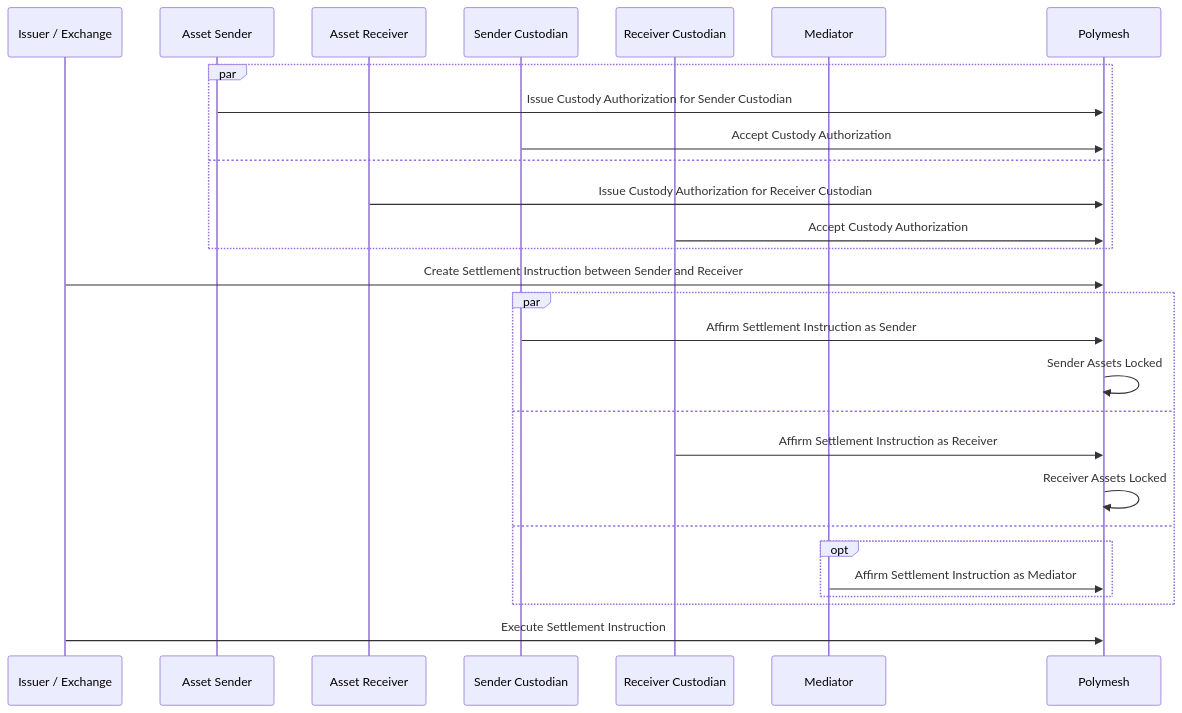
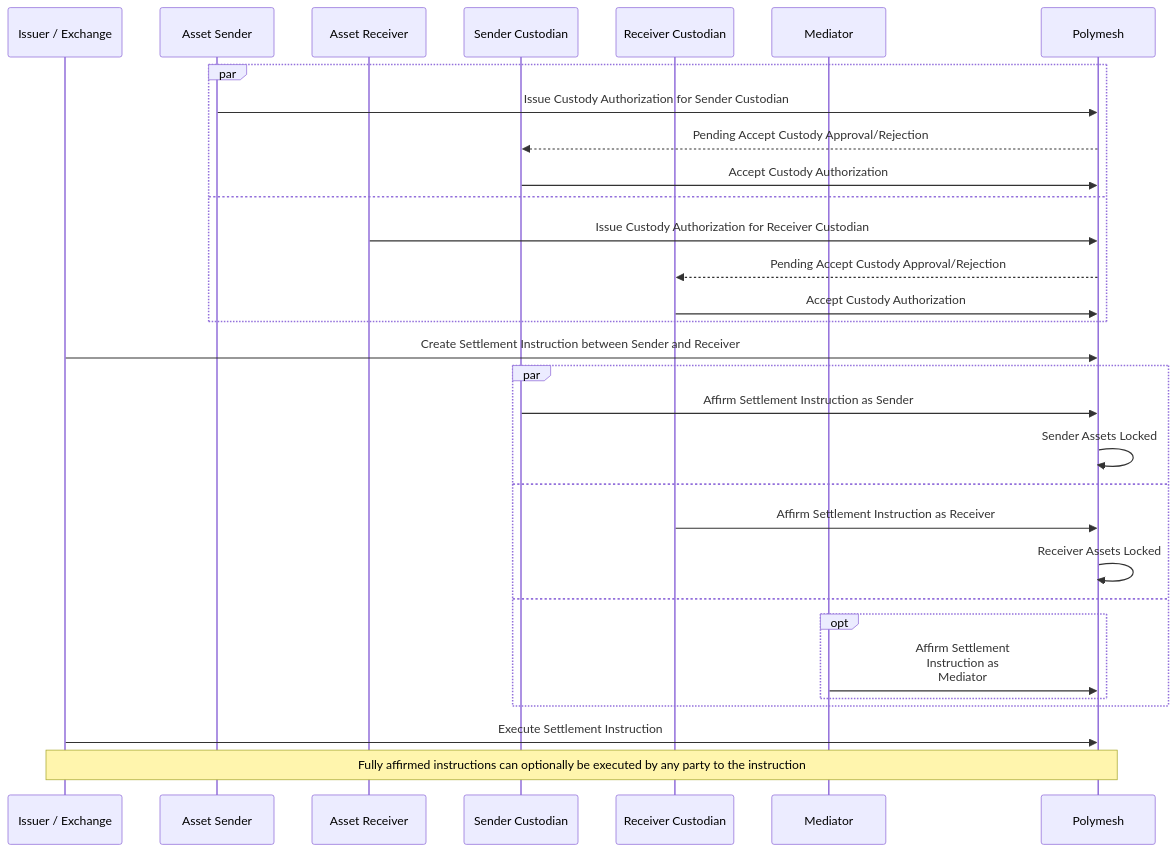
Before and after one commit to PolymeshAssociation/polymesh-documentation-site: the fourth of 5 diagrams in polymesh-docs/primitives/settlement-diagrams.mdx, drawn with Mermaid. The commit also changed other lines of this file, not shown here.

Commit message:
Update diagrams

````diff
--- a/polymesh-docs/primitives/settlement-diagrams.mdx
+++ b/polymesh-docs/primitives/settlement-diagrams.mdx
@@ -86,34 +102,38 @@
 ```mermaid
 sequenceDiagram
 participant I as Issuer / Exchange
 participant S as Asset Sender
 participant R as Asset Receiver
 participant SC as Sender Custodian
 participant RC as Receiver Custodian
 participant M as Mediator
 participant P as Polymesh
 
 par
   S ->> P: Issue Custody Authorization for Sender Custodian
+  P -->> SC: Pending Accept Custody Approval/Rejection  
   SC ->> P: Accept Custody Authorization
 and
   R ->> P: Issue Custody Authorization for Receiver Custodian
+  P -->> RC: Pending Accept Custody Approval/Rejection  
   RC ->> P: Accept Custody Authorization
 end
 
 I ->> P: Create Settlement Instruction between Sender and Receiver
 
 par
   SC ->> P: Affirm Settlement Instruction as Sender
   P ->> P: Sender Assets Locked
 and
   RC ->> P: Affirm Settlement Instruction as Receiver
   P ->> P: Receiver Assets Locked
 and
   opt
-    M ->> P: Affirm Settlement Instruction as Mediator
+    M ->> P: Affirm Settlement<br>Instruction as<br>Mediator
   end
 end
 
 I ->> P: Execute Settlement Instruction
+Note over I,P: Fully affirmed instructions can optionally be executed by any party to the instruction
+
 ```
````
